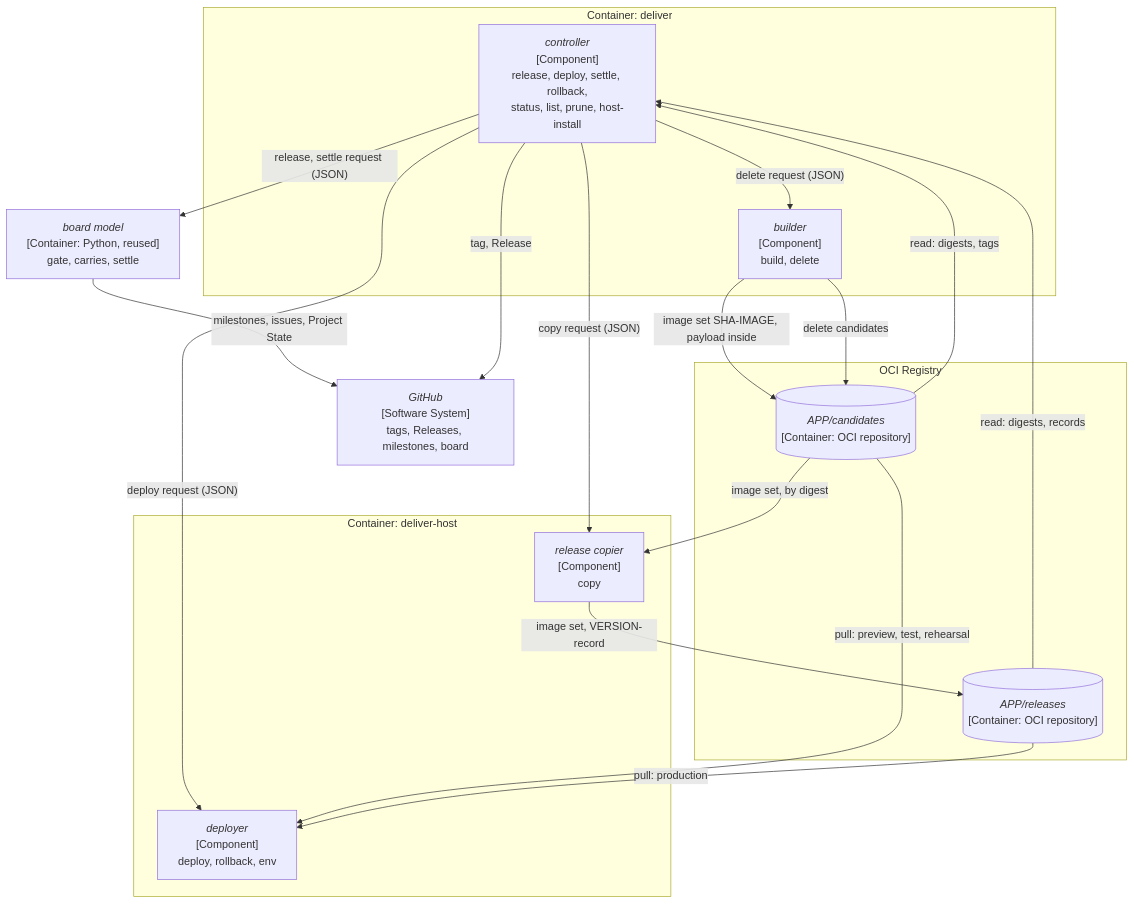
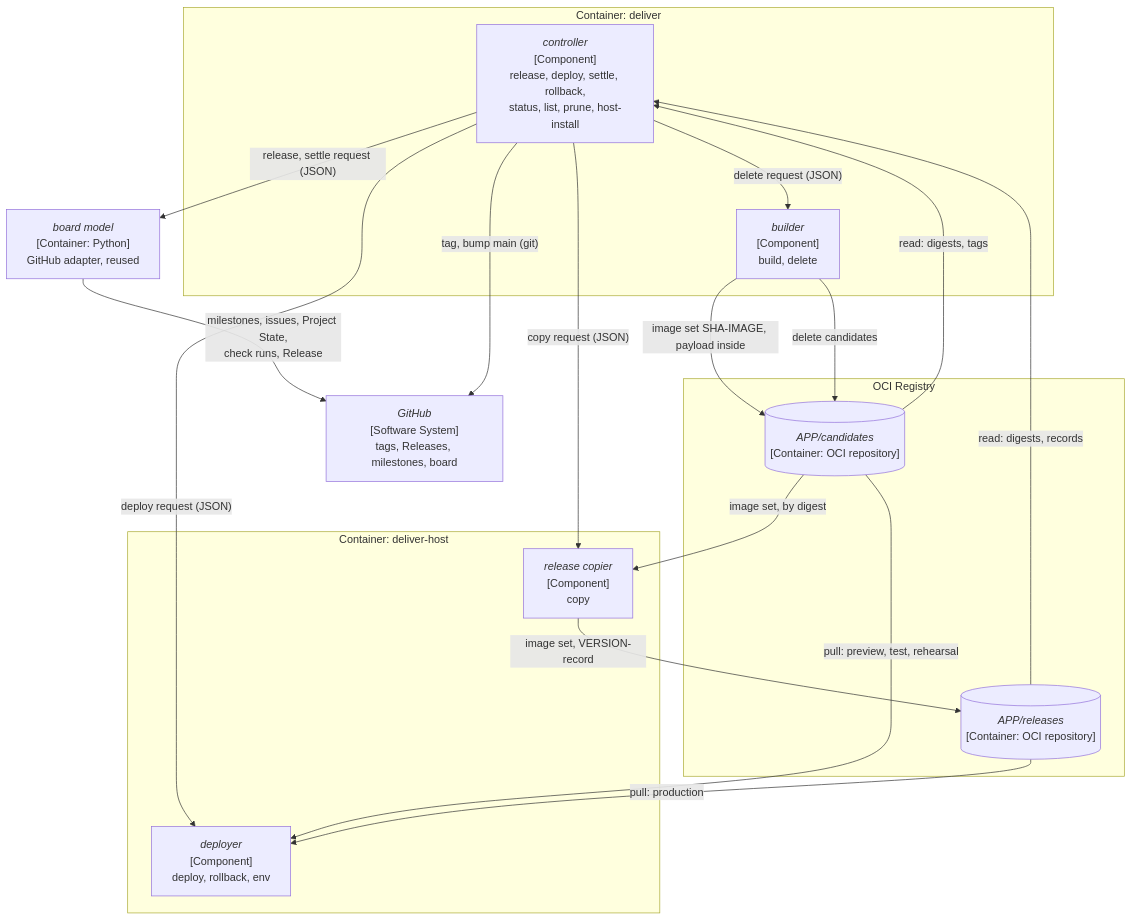
The first of 6 diagrams in records/2.5-changes/programme-tooling/117-generic-deliver-tool/design.md (delphside/programme), drawn with Mermaid before and after one commit. The commit also changed other lines of this file and 2 other files, not shown here.

First line of the commit message:
Change 117: apply the document reviews of the board model's part

````diff
--- a/records/2.5-changes/programme-tooling/117-generic-deliver-tool/design.md
+++ b/records/2.5-changes/programme-tooling/117-generic-deliver-tool/design.md
@@ -99,31 +98,31 @@
 ```mermaid
 flowchart TB
   subgraph DELIVER["Container: deliver"]
     CTL["<i>controller</i><br>[Component]<br>release, deploy, settle, rollback,<br>status, list, prune, host-install"]
     BLD["<i>builder</i><br>[Component]<br>build, delete"]
   end
   subgraph HOST["Container: deliver-host"]
     COPY["<i>release copier</i><br>[Component]<br>copy"]
     DEP["<i>deployer</i><br>[Component]<br>deploy, rollback, env"]
   end
   subgraph OCIR["OCI Registry"]
     CAND[("<i>APP/candidates</i><br>[Container: OCI repository]")]
     REL[("<i>APP/releases</i><br>[Container: OCI repository]")]
   end
   GH["<i>GitHub</i><br>[Software System]<br>tags, Releases, milestones, board"]
-  BM["<i>board model</i><br>[Container: Python, reused]<br>gate, carries, settle"]
+  BM["<i>board model</i><br>[Container: Python]<br>GitHub adapter, reused"]
   CTL -->|"release, settle request (JSON)"| BM
-  BM -->|"milestones, issues, Project State"| GH
+  BM -->|"milestones, issues, Project State,<br>check runs, Release"| GH
   BLD -->|"image set SHA-IMAGE, payload inside"| CAND
   CAND -->|"read: digests, tags"| CTL
   REL -->|"read: digests, records"| CTL
   CTL -->|"delete request (JSON)"| BLD
   BLD -->|"delete candidates"| CAND
   CTL -->|"copy request (JSON)"| COPY
   CAND -->|"image set, by digest"| COPY
   COPY -->|"image set, VERSION-record"| REL
   CTL -->|"deploy request (JSON)"| DEP
   CAND -->|"pull: preview, test, rehearsal"| DEP
   REL -->|"pull: production"| DEP
-  CTL -->|"tag, Release"| GH
+  CTL -->|"tag, bump main (git)"| GH
 ```
````
